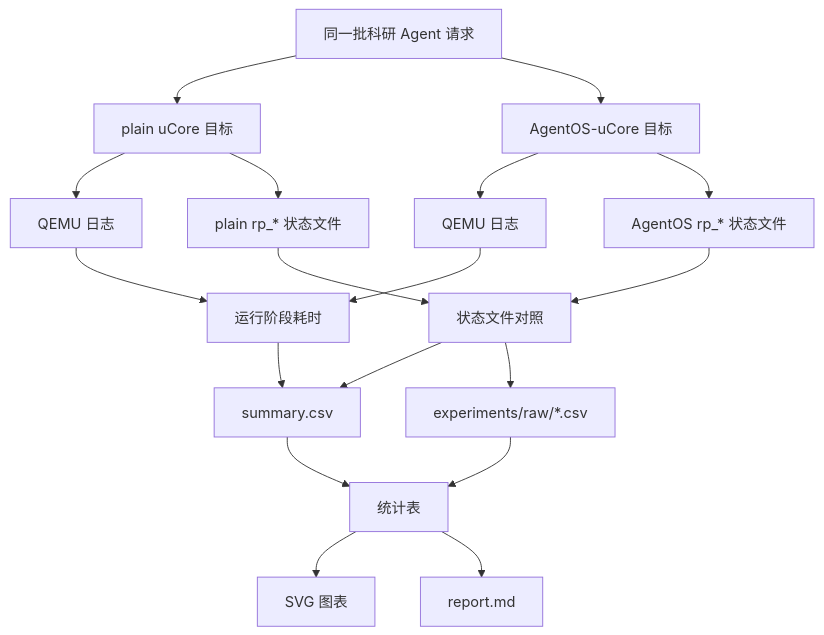
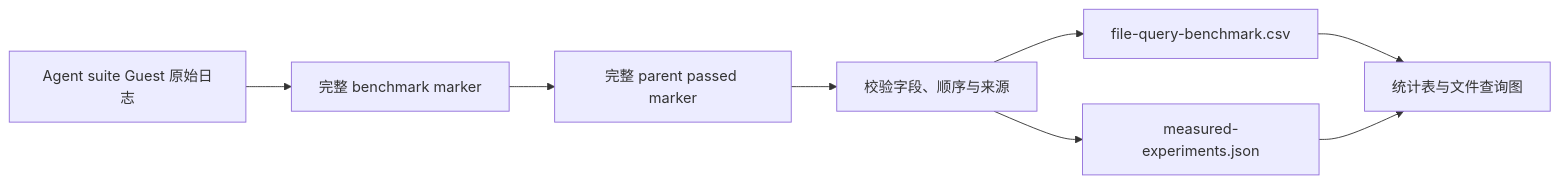
The second of 2 diagrams in README.md (yushugulao/Agent-OS), drawn with Mermaid before and after one commit. The commit also changed other lines of this file and 375 other files, not shown here.

````diff
--- a/README.md
+++ b/README.md
@@ -433,24 +436,10 @@
 ```mermaid
-flowchart TB
-    A["同一批科研 Agent 请求"] --> B["plain uCore 目标"]
-    A --> C["AgentOS-uCore 目标"]
-
-    B --> D["QEMU 日志"]
-    B --> E["plain rp_* 状态文件"]
-    C --> F["QEMU 日志"]
-    C --> G["AgentOS rp_* 状态文件"]
-
-    E --> H["状态文件对照"]
-    G --> H
-    D --> I["运行阶段耗时"]
-    F --> I
-
-    H --> J["summary.csv"]
-    H --> K["experiments/raw/*.csv"]
-    I --> J
-
-    J --> L["统计表"]
-    K --> L
-    L --> M["SVG 图表"]
-    L --> N["report.md"]
+flowchart LR
+    A["Agent suite Guest 原始日志"] --> B["完整 benchmark marker"]
+    B --> C["完整 parent passed marker"]
+    C --> D["校验字段、顺序与来源"]
+    D --> E["file-query-benchmark.csv"]
+    D --> F["measured-experiments.json"]
+    E --> G["统计表与文件查询图"]
+    F --> G
 ```
````
